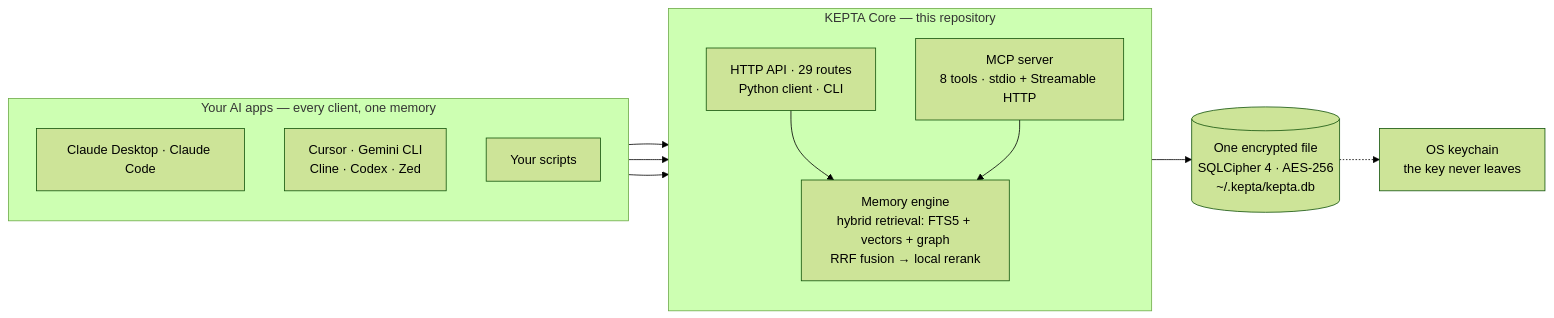
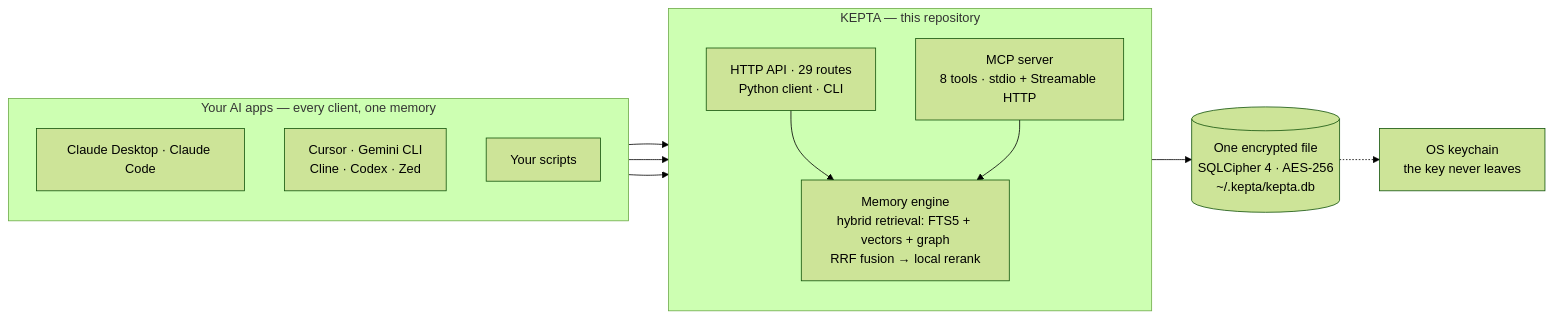
Before and after one commit to DamianTodorovic/kepta: the first of 2 diagrams in README.md, drawn with Mermaid (forest theme). The commit also changed other lines of this file and 17 other files, not shown here.

````diff
--- a/README.md
+++ b/README.md
@@ -16,24 +16,24 @@
 ```mermaid
 flowchart LR
   subgraph Apps["Your AI apps — every client, one memory"]
     direction TB
     A["Claude Desktop · Claude Code"]
     B["Cursor · Gemini CLI<br/>Cline · Codex · Zed"]
     C["Your scripts"]
   end
-  subgraph KEPTA["KEPTA Core — this repository"]
+  subgraph KEPTA["KEPTA — this repository"]
     direction TB
     M["MCP server<br/>8 tools · stdio + Streamable HTTP"]
     G["HTTP API · 29 routes<br/>Python client · CLI"]
     E["Memory engine<br/>hybrid retrieval: FTS5 + vectors + graph<br/>RRF fusion → local rerank"]
   end
   D[("One encrypted file<br/>SQLCipher 4 · AES-256<br/>~/.kepta/kepta.db")]
   K["OS keychain<br/>the key never leaves"]
   A --> M
   B --> M
   C --> G
   G --> E
   M --> E
   E --> D
   D -.-> K
 ```
````
